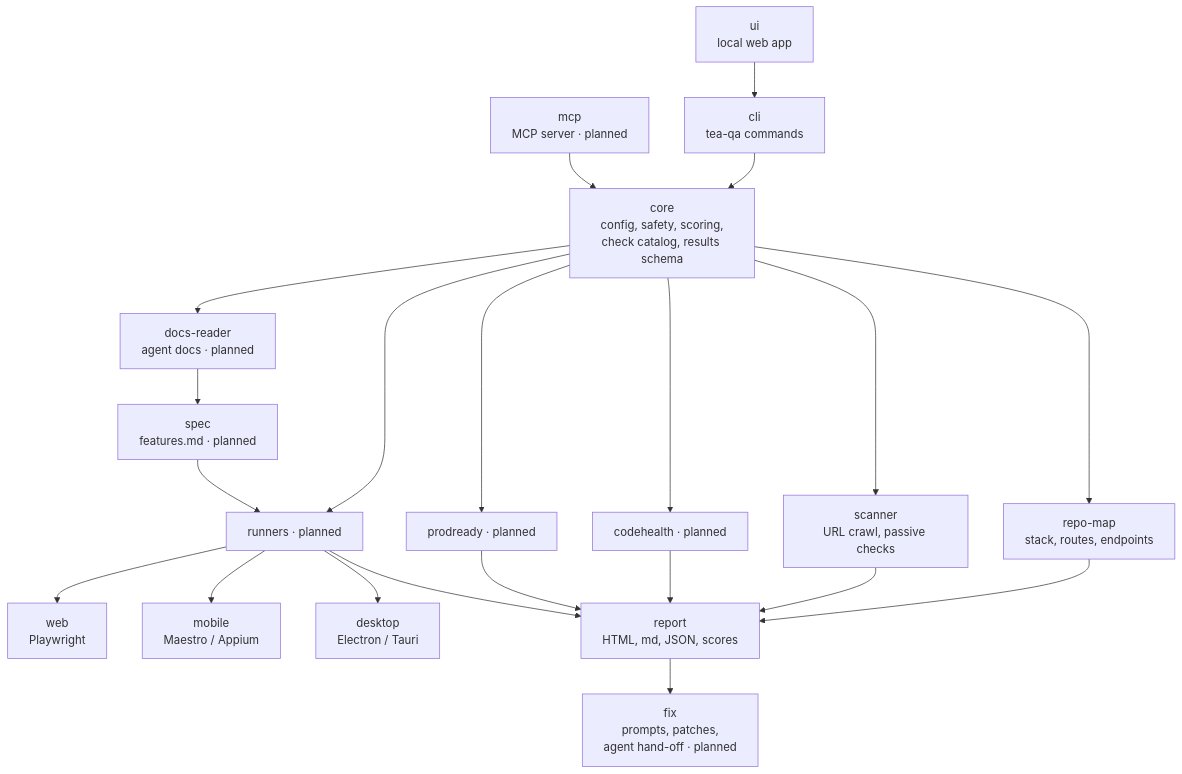
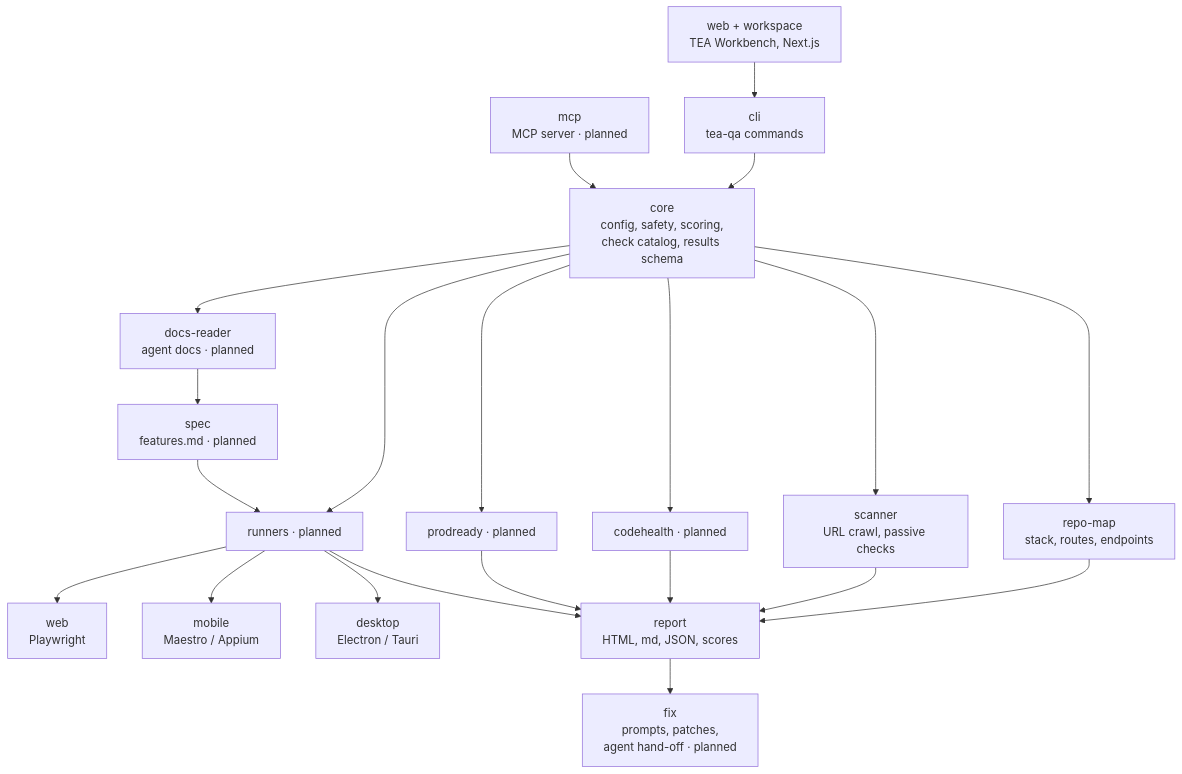
One commit to deepbratt/TEA changed the fourth of 9 diagrams in README.md. Above: the diagram before and after it, drawn with Mermaid. The commit also changed other lines of this file and 4 other files, not shown here.

````diff
--- a/README.md
+++ b/README.md
@@ -213,23 +273,23 @@
 ```mermaid
 flowchart TB
-    UI[ui<br/>local web app] --> CLI
+    UI[web + workspace<br/>TEA Workbench, Next.js] --> CLI
     CLI[cli<br/>tea-qa commands] --> CORE[core<br/>config, safety, scoring,<br/>check catalog, results schema]
     MCP[mcp<br/>MCP server · planned] --> CORE
     CORE --> MAP[repo-map<br/>stack, routes, endpoints]
     CORE --> SCAN[scanner<br/>URL crawl, passive checks]
     CORE --> DOCS[docs-reader<br/>agent docs · planned]
     DOCS --> SPEC[spec<br/>features.md · planned]
     CORE --> CH[codehealth · planned]
     CORE --> PR[prodready · planned]
     CORE --> RUN[runners · planned]
     RUN --> RW[web<br/>Playwright]
     RUN --> RM[mobile<br/>Maestro / Appium]
     RUN --> RD[desktop<br/>Electron / Tauri]
     SPEC --> RUN
     MAP --> REP[report<br/>HTML, md, JSON, scores]
     SCAN --> REP
     CH --> REP
     PR --> REP
     RUN --> REP
     REP --> FIX[fix<br/>prompts, patches,<br/>agent hand-off · planned]
 ```
````
